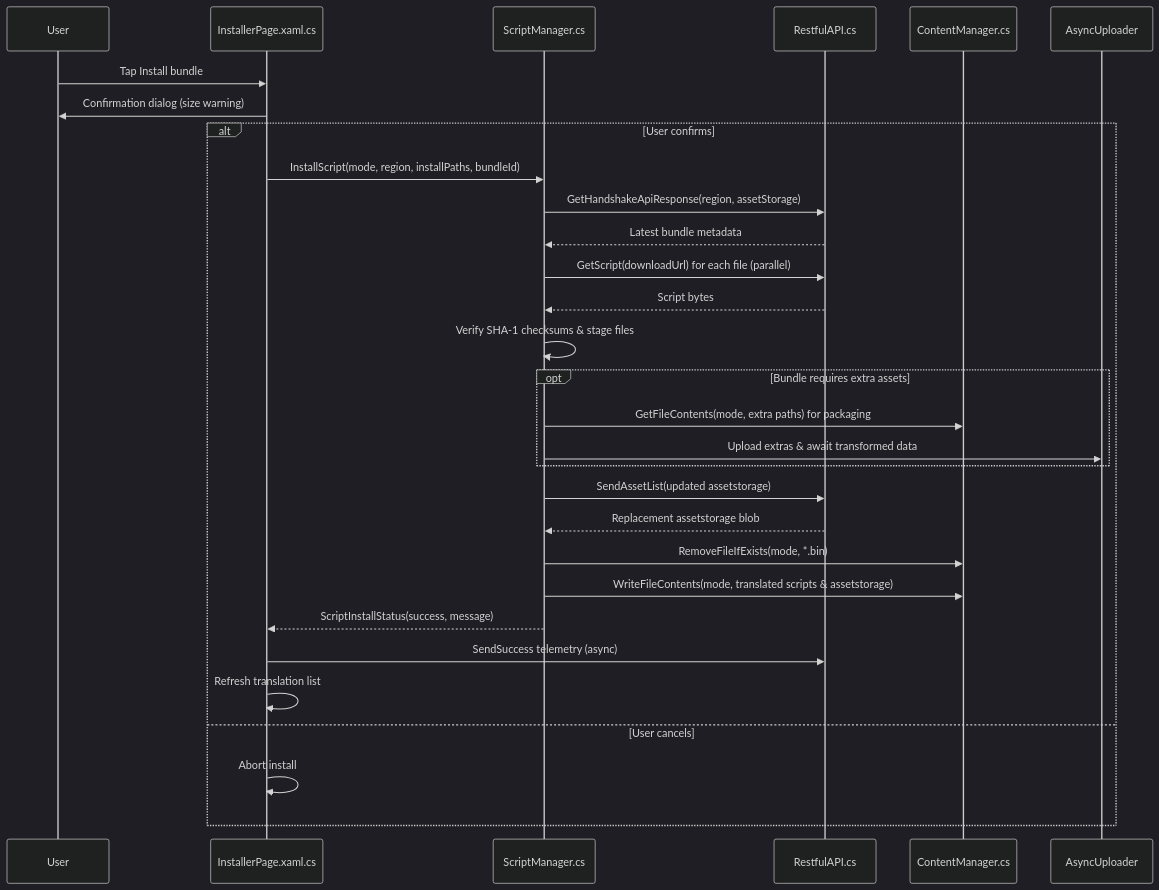
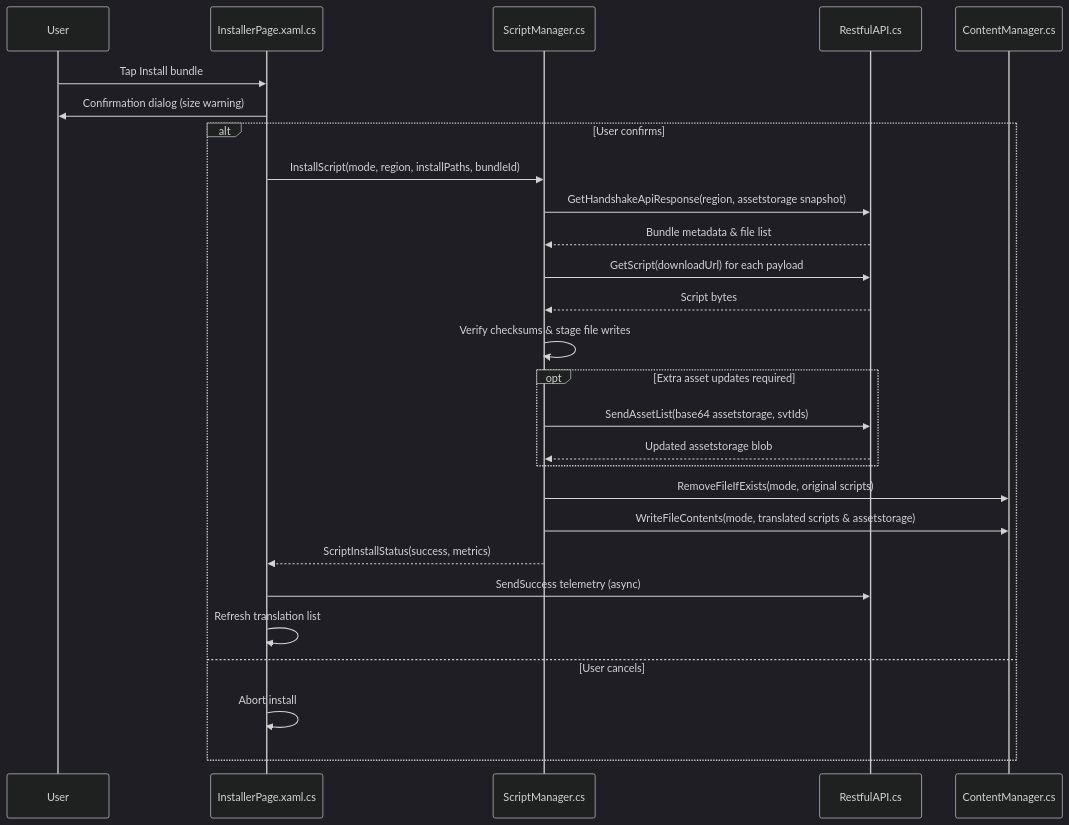
The third of 4 diagrams in analysis/mechanics.md (DqkrLord0Xerod/translatefgo), drawn with Mermaid (dark theme) before and after one commit. The commit also changed other lines of this file, not shown here.

````diff
--- a/analysis/mechanics.md
+++ b/analysis/mechanics.md
@@ -66,31 +66,29 @@
 ```mermaid
 sequenceDiagram
     participant User
     participant UI as InstallerPage.xaml.cs
     participant SM as ScriptManager.cs
     participant REST as RestfulAPI.cs
     participant CM as ContentManager.cs
     User->>UI: Tap Install bundle
     UI->>User: Confirmation dialog (size warning)
     alt User confirms
         UI->>SM: InstallScript(mode, region, installPaths, bundleId)
-        SM->>REST: GetHandshakeApiResponse(region, assetStorage)
-        REST-->>SM: Latest bundle metadata
-        SM->>REST: GetScript(downloadUrl) for each file (parallel)
+        SM->>REST: GetHandshakeApiResponse(region, assetstorage snapshot)
+        REST-->>SM: Bundle metadata & file list
+        SM->>REST: GetScript(downloadUrl) for each payload
         REST-->>SM: Script bytes
-        SM->>SM: Verify SHA-1 checksums & stage files
-        opt Bundle requires extra assets
-            SM->>CM: GetFileContents(mode, extra paths) for packaging
-            SM->>AsyncUploader: Upload extras & await transformed data
+        SM->>SM: Verify checksums & stage file writes
+        opt Extra asset updates required
+            SM->>REST: SendAssetList(base64 assetstorage, svtIds)
+            REST-->>SM: Updated assetstorage blob
         end
-        SM->>REST: SendAssetList(updated assetstorage)
-        REST-->>SM: Replacement assetstorage blob
-        SM->>CM: RemoveFileIfExists(mode, *.bin)
+        SM->>CM: RemoveFileIfExists(mode, original scripts)
         SM->>CM: WriteFileContents(mode, translated scripts & assetstorage)
-        SM-->>UI: ScriptInstallStatus(success, message)
+        SM-->>UI: ScriptInstallStatus(success, metrics)
         UI->>REST: SendSuccess telemetry (async)
         UI->>UI: Refresh translation list
     else User cancels
         UI->>UI: Abort install
     end
 ```
````
